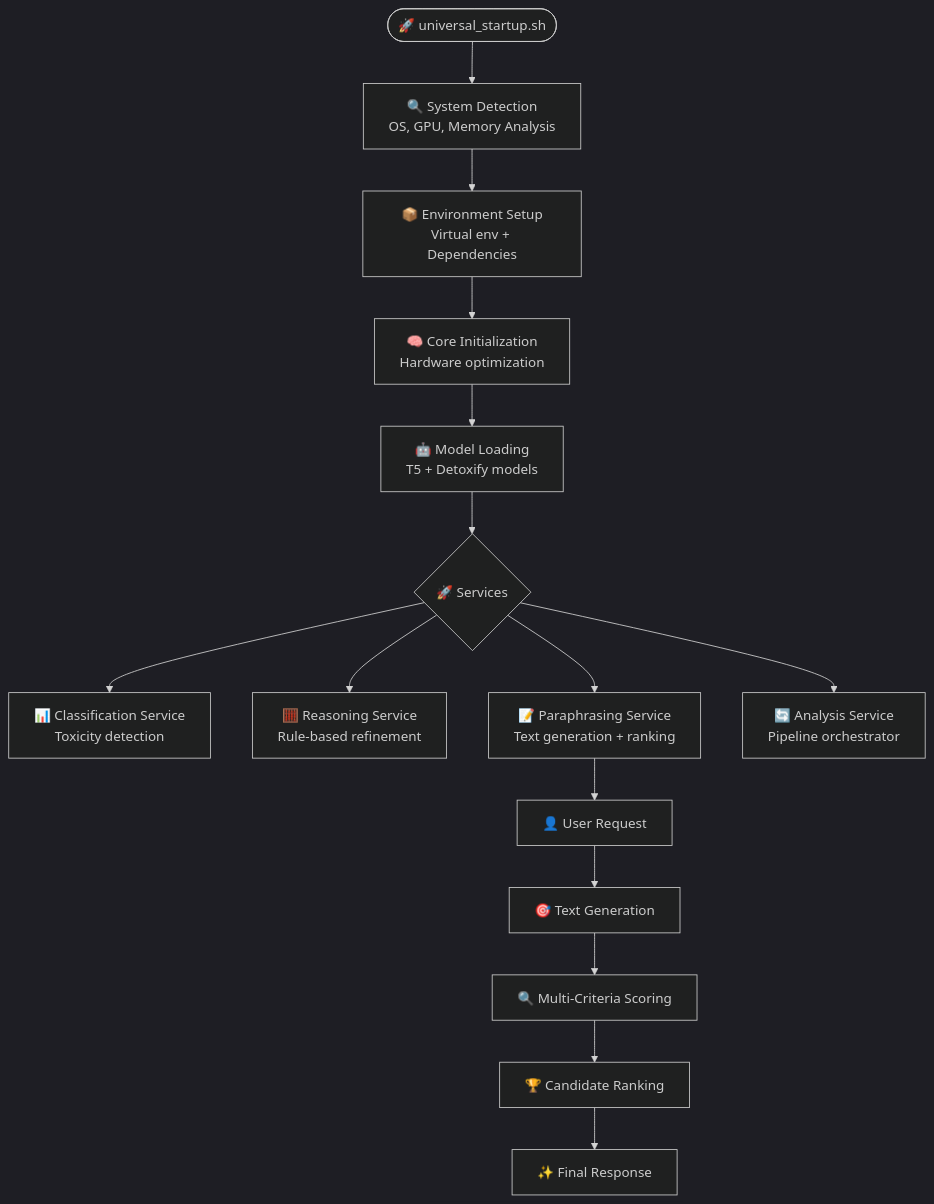
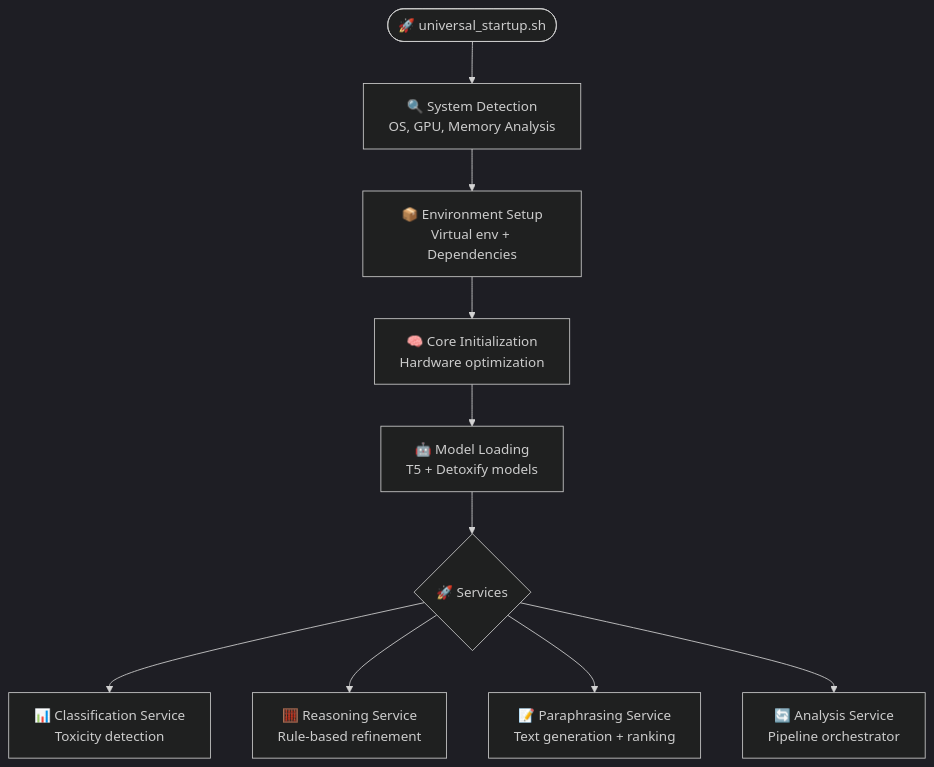
Before and after one commit to AntonioRinaldidev/toxic-radar: the first of 2 diagrams in AI/README.MD, drawn with Mermaid (dark theme). The commit also changed other lines of this file, not shown here.

````diff
--- a/AI/README.MD
+++ b/AI/README.MD
@@ -79,19 +79,13 @@
 ```mermaid
 flowchart TD
     Start([🚀 universal_startup.sh]) --> SystemDetect[🔍 System Detection<br/>OS, GPU, Memory Analysis]
     SystemDetect --> VenvSetup[📦 Environment Setup<br/>Virtual env + Dependencies]
     VenvSetup --> CoreInit[🧠 Core Initialization<br/>Hardware optimization]
     CoreInit --> ModelLoad[🤖 Model Loading<br/>T5 + Detoxify models]
     ModelLoad --> Services{🚀 Services}
     
     Services --> Classifier[📊 Classification Service<br/>Toxicity detection]
     Services --> Reasoning[🧮 Reasoning Service<br/>Rule-based refinement]
     Services --> Paraphrasing[📝 Paraphrasing Service<br/>Text generation + ranking]
     Services --> Analysis[🔄 Analysis Service<br/>Pipeline orchestrator]
-    
-    Paraphrasing --> UserRequest[👤 User Request]
-    UserRequest --> Generation[🎯 Text Generation]
-    Generation --> Scoring[🔍 Multi-Criteria Scoring]
-    Scoring --> Ranking[🏆 Candidate Ranking]
-    Ranking --> Response[✨ Final Response]
 ```
````
